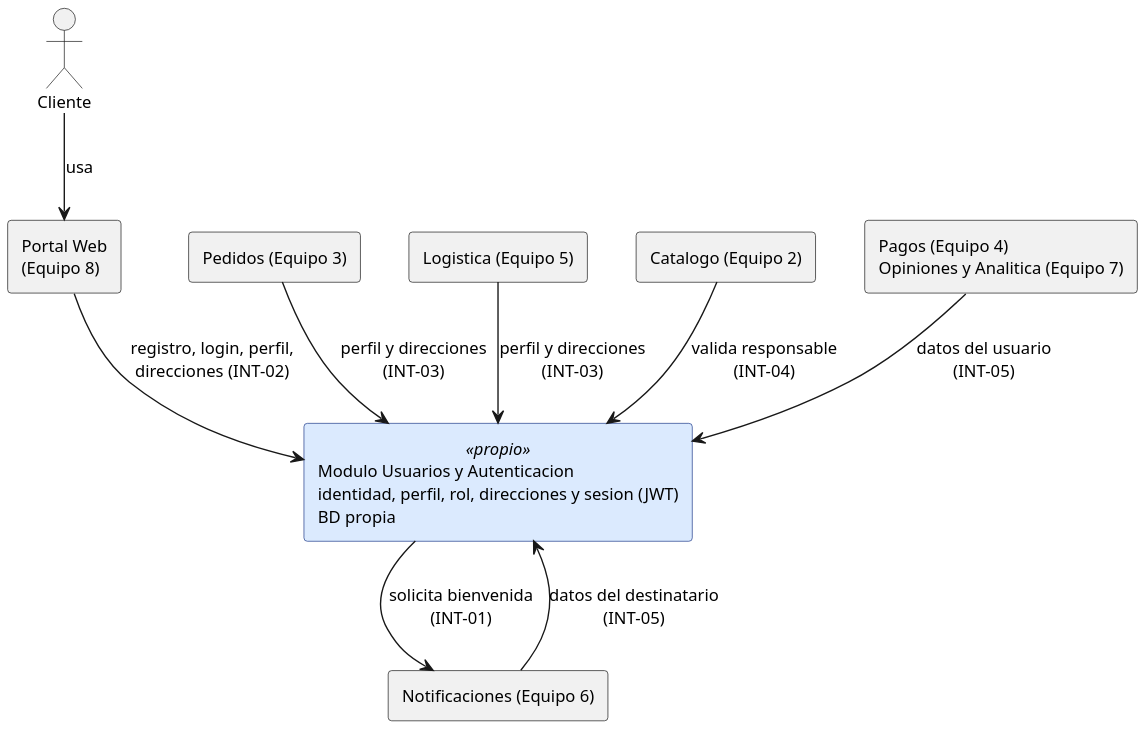
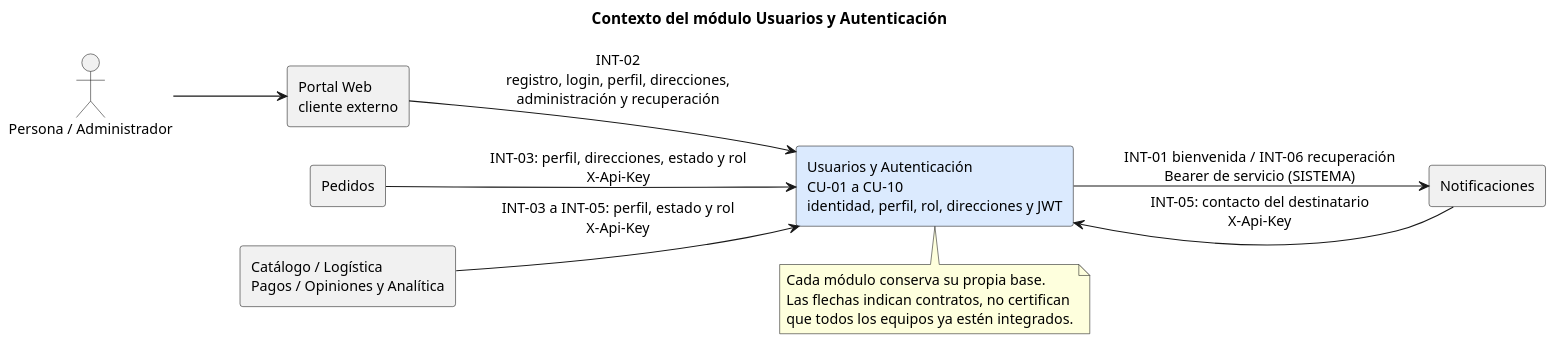
One commit to CarlaGorgal2002/deliverygo-usuarios-auth changed the diagram in doc/Diagramas/contexto.puml. Above: the diagram before and after it, drawn with PlantUML. The commit also changed 50 other files, not shown here.

Commit message:
docs: completar entrega con Postman, diagramas e integraciones verificadas

```diff
--- a/doc/Diagramas/contexto.puml
+++ b/doc/Diagramas/contexto.puml
@@ -1,24 +1,26 @@
 @startuml contexto
-skinparam dpi 170
-skinparam defaultFontSize 12
-skinparam rectangle {
-  BackgroundColor<<propio>> #DBEAFE
-  BorderColor<<propio>> #1E3A8A
-}
-actor "Cliente" as Cliente
-rectangle "Portal Web\n(Equipo 8)" as Portal
-rectangle "Modulo Usuarios y Autenticacion\nidentidad, perfil, rol, direcciones y sesion (JWT)\nBD propia" <<propio>> as Usr
-rectangle "Pedidos (Equipo 3)" as Ped
-rectangle "Logistica (Equipo 5)" as Log
-rectangle "Catalogo (Equipo 2)" as Cat
-rectangle "Pagos (Equipo 4)\nOpiniones y Analitica (Equipo 7)" as Otros
-rectangle "Notificaciones (Equipo 6)" as Not
-Cliente --> Portal : usa
-Portal --> Usr : registro, login, perfil,\ndirecciones (INT-02)
-Ped --> Usr : perfil y direcciones\n(INT-03)
-Log --> Usr : perfil y direcciones\n(INT-03)
-Cat --> Usr : valida responsable\n(INT-04)
-Otros --> Usr : datos del usuario\n(INT-05)
-Not --> Usr : datos del destinatario\n(INT-05)
-Usr --> Not : solicita bienvenida\n(INT-01)
+skinparam dpi 135
+skinparam shadowing false
+skinparam defaultFontName Arial
+skinparam defaultFontSize 13
+skinparam sequenceMessageAlign center
+title Contexto del módulo Usuarios y Autenticación
+left to right direction
+actor "Persona / Administrador" as Persona
+rectangle "Portal Web\ncliente externo" as Portal
+rectangle "Usuarios y Autenticación\nCU-01 a CU-10\nidentidad, perfil, rol, direcciones y JWT" as U #DBEAFE
+rectangle "Pedidos" as P
+rectangle "Catálogo / Logística\nPagos / Opiniones y Analítica" as M
+rectangle "Notificaciones" as N
+Persona --> Portal
+Portal --> U : INT-02\nregistro, login, perfil, direcciones,\nadministración y recuperación
+P --> U : INT-03: perfil, direcciones, estado y rol\nX-Api-Key
+M --> U : INT-03 a INT-05: perfil, estado y rol\nX-Api-Key
+N --> U : INT-05: contacto del destinatario\nX-Api-Key
+U --> N : INT-01 bienvenida / INT-06 recuperación\nBearer de servicio (SISTEMA)
+note bottom of U
+ Cada módulo conserva su propia base.
+ Las flechas indican contratos, no certifican
+ que todos los equipos ya estén integrados.
+end note
 @enduml
```
